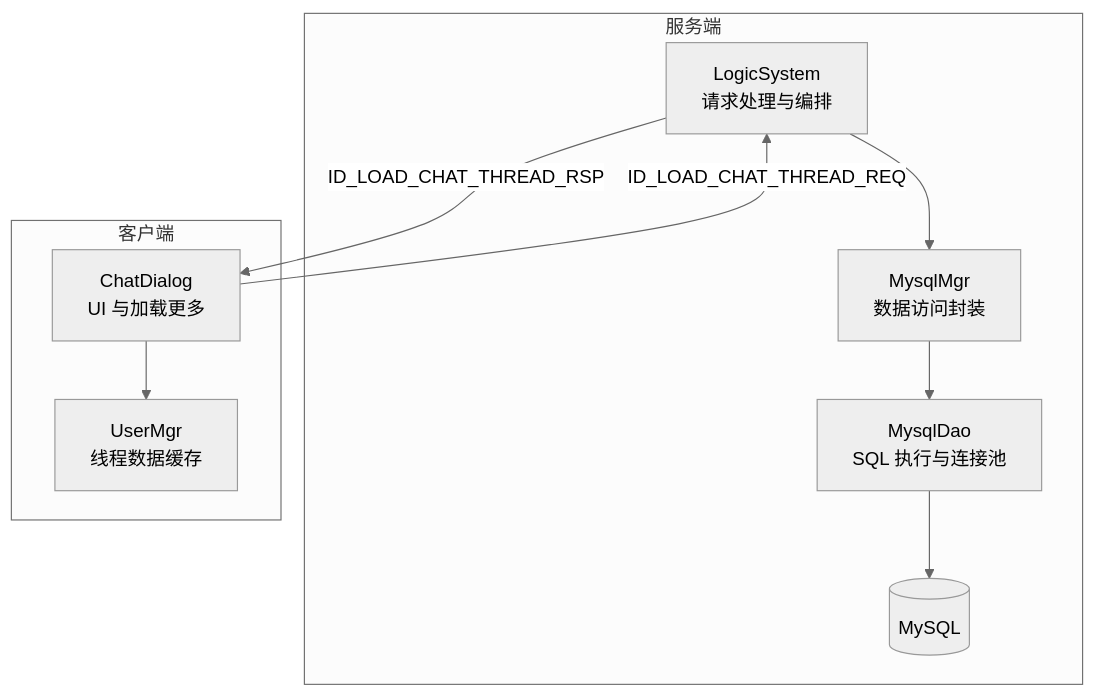
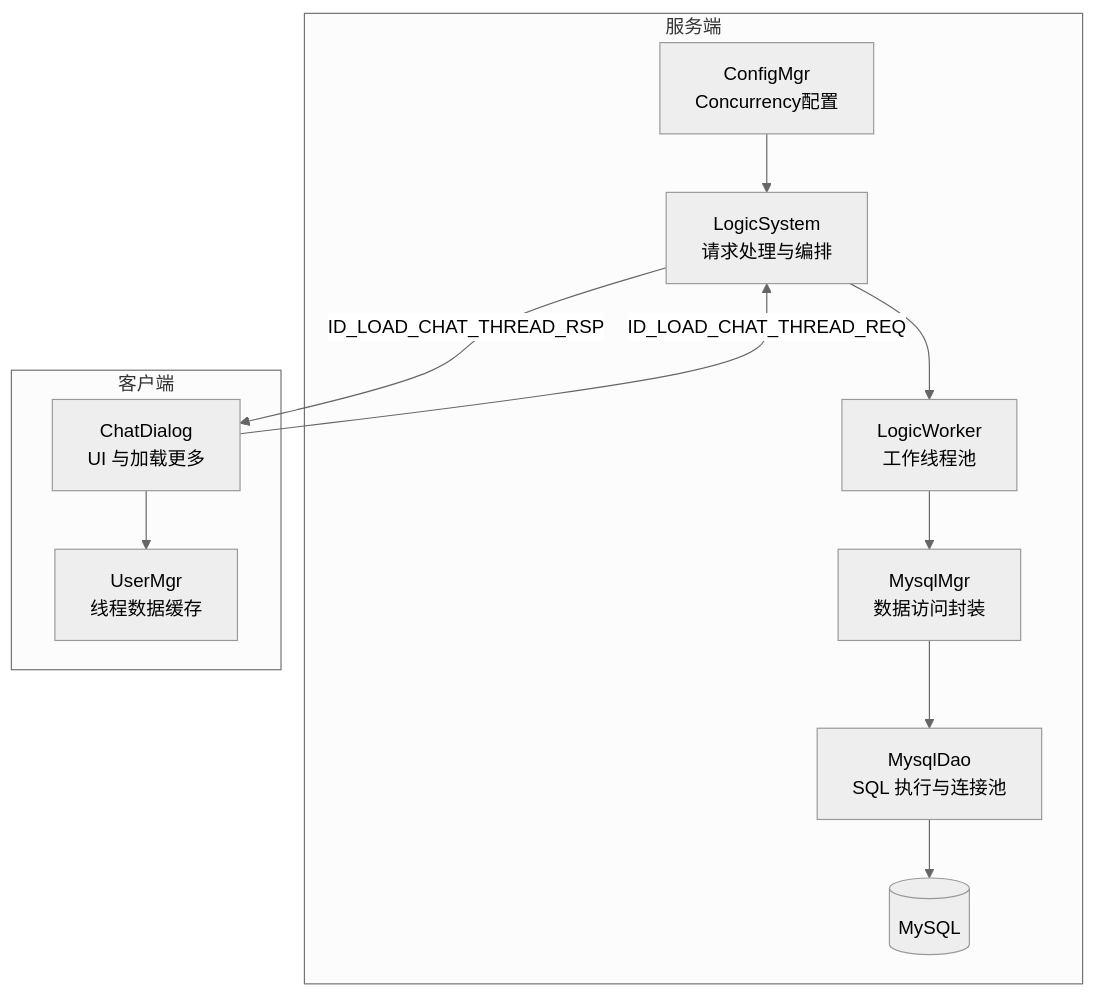
One commit to echo9923/mychatter changed the first of 9 diagrams in .qoder/repowiki/zh/content/服务端开发/ChatServer聊天核心服务/业务逻辑系统/线程管理.md. Above: the diagram before and after it, drawn with Mermaid (neutral theme). The commit also changed other lines of this file and 54 other files, not shown here.

````diff
--- a/.qoder/repowiki/zh/content/服务端开发/ChatServer聊天核心服务/业务逻辑系统/线程管理.md
+++ b/.qoder/repowiki/zh/content/服务端开发/ChatServer聊天核心服务/业务逻辑系统/线程管理.md
@@ -47,19 +62,23 @@
 ```mermaid
 graph TB
 subgraph "服务端"
 LS["LogicSystem<br/>请求处理与编排"]
+LW["LogicWorker<br/>工作线程池"]
 MM["MysqlMgr<br/>数据访问封装"]
 MD["MysqlDao<br/>SQL 执行与连接池"]
 DB[("MySQL")]
+CFG["ConfigMgr<br/>Concurrency配置"]
 end
 subgraph "客户端"
 CD["ChatDialog<br/>UI 与加载更多"]
 UM["UserMgr<br/>线程数据缓存"]
 end
 CD --> |"ID_LOAD_CHAT_THREAD_REQ"| LS
-LS --> MM
+LS --> LW
+LW --> MM
 MM --> MD
 MD --> DB
+CFG --> LS
 LS --> |"ID_LOAD_CHAT_THREAD_RSP"| CD
 CD --> UM
 ```
````
